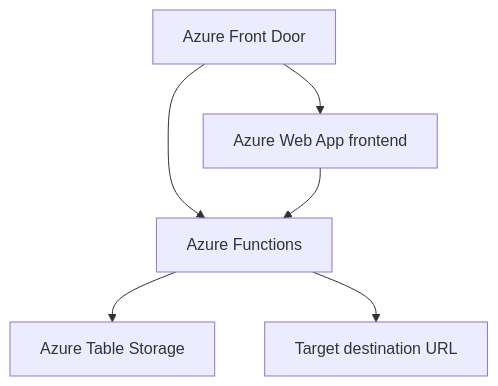
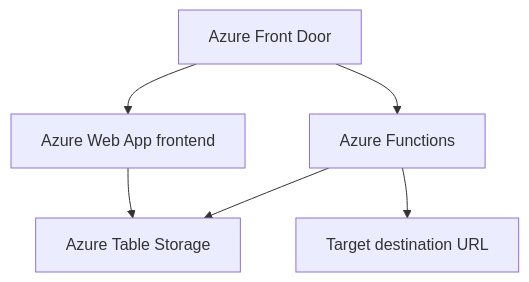
One commit to RaulSebastian/url-redirect changed the second of 2 diagrams in README.md. Above: the diagram before and after it, drawn with Mermaid. The commit also changed other lines of this file and 18 other files, not shown here.

````diff
--- a/README.md
+++ b/README.md
@@ -55,14 +58,14 @@
 ```mermaid
 flowchart TB
     FD["Azure Front Door"]
     WEB["Azure Web App frontend"]
     FUNC["Azure Functions"]
     TABLE["Azure Table Storage"]
     TARGET["Target destination URL"]
 
     FD --> WEB
     FD --> FUNC
-    WEB --> FUNC
+    WEB --> TABLE
     FUNC --> TABLE
     FUNC --> TARGET
 ```
````
